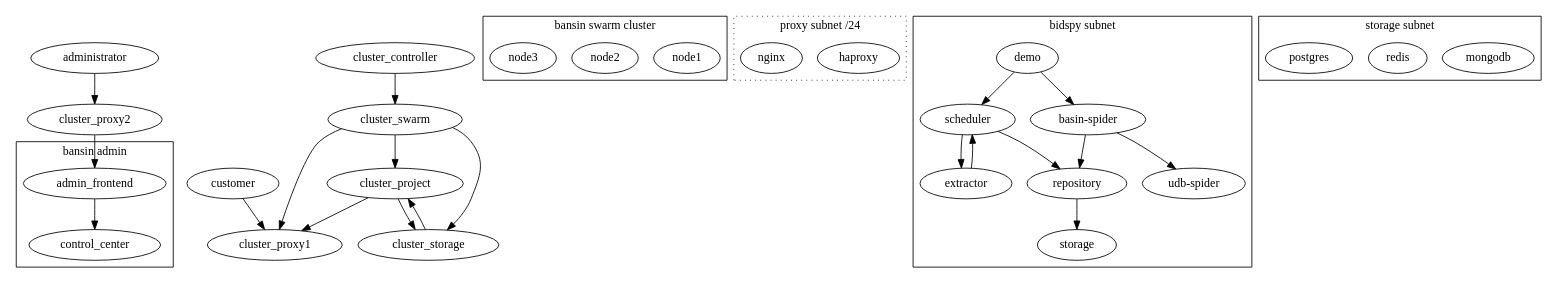
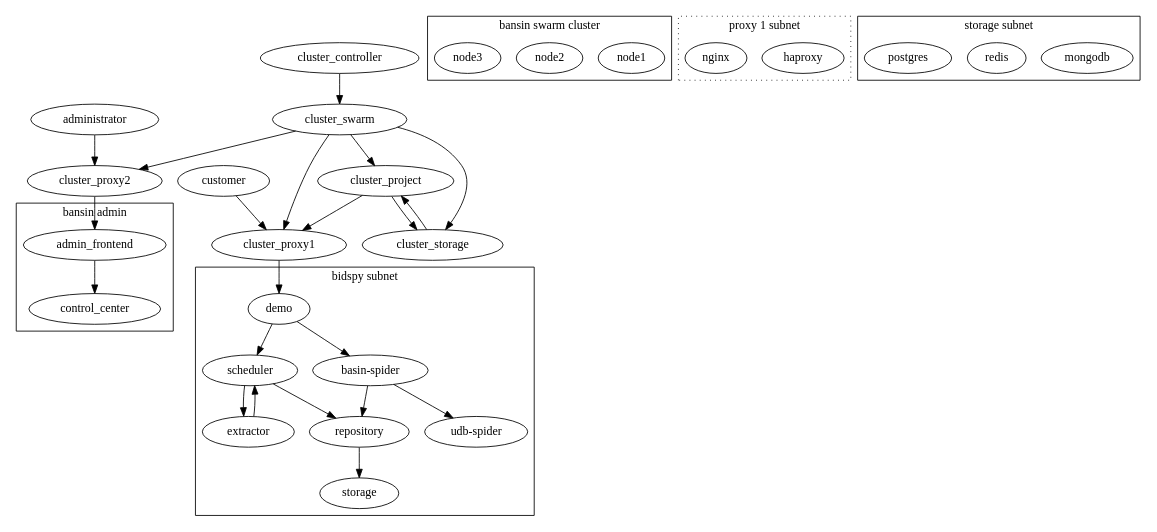
Before and after one commit to idleuncle/BasinSpaceBook: the diagram in research/swarm_bidpsy.dot, drawn with Graphviz. The commit also changed 1 other file, not shown here.

```diff
--- a/research/swarm_bidpsy.dot
+++ b/research/swarm_bidpsy.dot
@@ -1,75 +1,77 @@
 digraph G {
 
     "administrator"
     "customer"
 
     subgraph cluster_swarm {
         label = "bansin swarm cluster";
         "node1"
         "node2"
         "node3"
     }
 
     subgraph cluster_controller {
         label = "bansin admin";
         "admin_frontend" -> "control_center"
     }
 
    subgraph cluster_proxy1 {
-        label = "proxy subnet /24";
+        label = "proxy 1 subnet";
         "haproxy"
         "nginx"
         graph[style=dotted];
     }
 
    subgraph cluster_proxy2 {
-        label = "proxy subnet /24";
+        label = "proxy 2 subnet";
         "haproxy"
         "nginx"
         graph[style=dotted];
     }
 
    subgraph cluster_project {
 
         label = "bidspy subnet ";
         "demo"
         "extractor"
         "scheduler"
         "repository"
         "basin-spider"
         "udb-spider"
 
 
         "demo" -> "basin-spider"
         "demo" -> "scheduler"
         "extractor" -> "scheduler"
         "scheduler" -> "extractor"
         "scheduler" -> "repository"
         "basin-spider" -> "repository"
         "repository" -> "storage"
         "basin-spider" -> "udb-spider"
 
     }
 
     subgraph cluster_storage {
         label = "storage subnet";
         "mongodb"
         "redis"
         "postgres"
 
     }
 
 
     "cluster_controller" -> "cluster_swarm"  [lhead=cluster_swarm]
     "cluster_swarm" -> "cluster_proxy1"
+    "cluster_swarm" -> "cluster_proxy2"
     "cluster_swarm" -> "cluster_project"
     "cluster_swarm" -> "cluster_storage"
 
     "administrator" -> "cluster_proxy2"
     "cluster_proxy2" -> "admin_frontend"
     "customer" -> "cluster_proxy1"
+    "cluster_proxy1" -> "demo"
     "cluster_project" -> "cluster_proxy1"
     "cluster_project" -> "cluster_storage"
     "cluster_storage" -> "cluster_project"
 
 }
```
